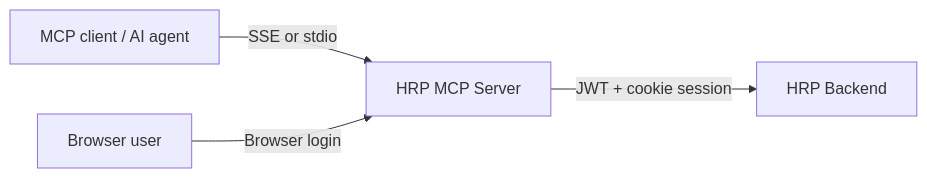
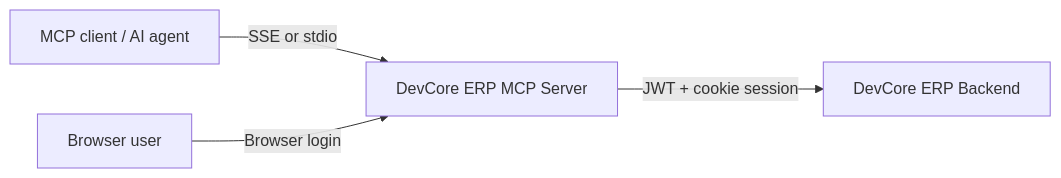
Before and after one commit to ldanh270/dev-core-erp: the diagram in mcp-server/README.md, drawn with Mermaid. The commit also changed other lines of this file and 10 other files, not shown here.

Commit message:
docs: rebrand project to DevCore ERP across system documentation

````diff
--- a/mcp-server/README.md
+++ b/mcp-server/README.md
@@ -7,6 +7,6 @@
 ```mermaid
 flowchart LR
-  Client["MCP client / AI agent"] -->|"SSE or stdio"| MCP["HRP MCP Server"]
+  Client["MCP client / AI agent"] -->|"SSE or stdio"| MCP["DevCore ERP MCP Server"]
   User["Browser user"] -->|"Browser login"| MCP
-  MCP -->|"JWT + cookie session"| API["HRP Backend"]
+  MCP -->|"JWT + cookie session"| API["DevCore ERP Backend"]
 ```
````
